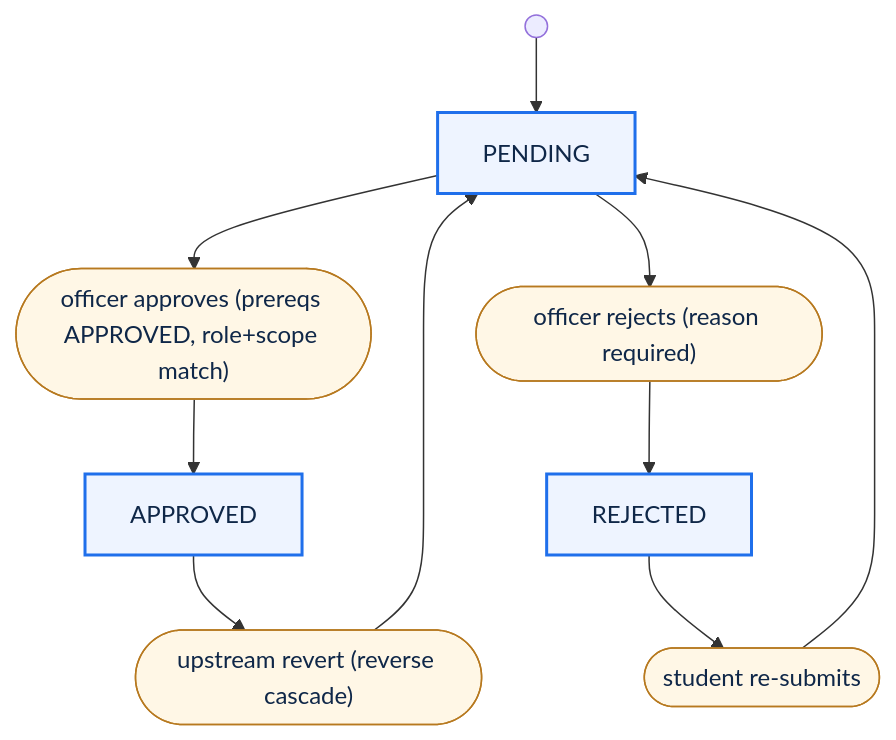
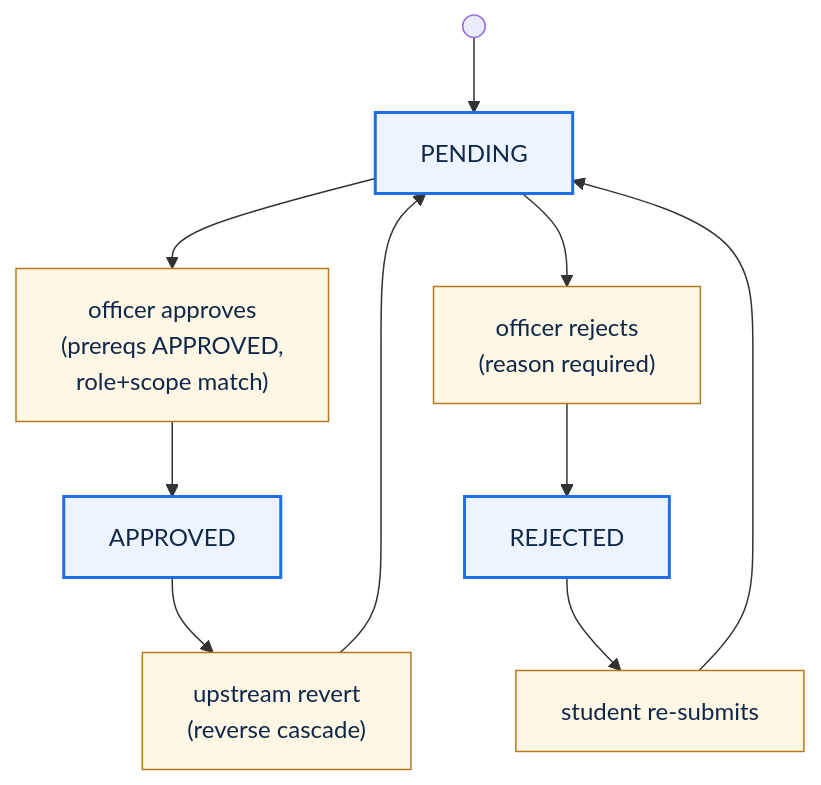
The fifth of 6 diagrams in .kiro/specs/lnmiit-no-dues-portal/design.md (manashatwar/LNMIIT-NO-DUES-PORTAL), drawn with Mermaid before and after one commit.

Commit message:
Wrap transition-box text so full content is visible

````diff
--- a/.kiro/specs/lnmiit-no-dues-portal/design.md
+++ b/.kiro/specs/lnmiit-no-dues-portal/design.md
@@ -294,21 +294,21 @@
 ```mermaid
 flowchart TB
     START(( )) --> P[PENDING]
 
-    P --> AP(["officer approves (prereqs APPROVED, role+scope match)"])
+    P --> AP["officer approves<br/>(prereqs APPROVED,<br/>role+scope match)"]
     AP --> A[APPROVED]
 
-    P --> RJ(["officer rejects (reason required)"])
+    P --> RJ["officer rejects<br/>(reason required)"]
     RJ --> R[REJECTED]
 
-    A --> RC(["upstream revert (reverse cascade)"])
+    A --> RC["upstream revert<br/>(reverse cascade)"]
     RC --> P
 
-    R --> RS(["student re-submits"])
+    R --> RS["student re-submits"]
     RS --> P
 
     classDef state fill:#eef4ff,stroke:#1f6feb,stroke-width:2px,color:#0f2748;
     classDef act fill:#fff7e6,stroke:#b7791f,color:#0f2748;
     class P,A,R state;
     class AP,RJ,RC,RS act;
 ```
````
